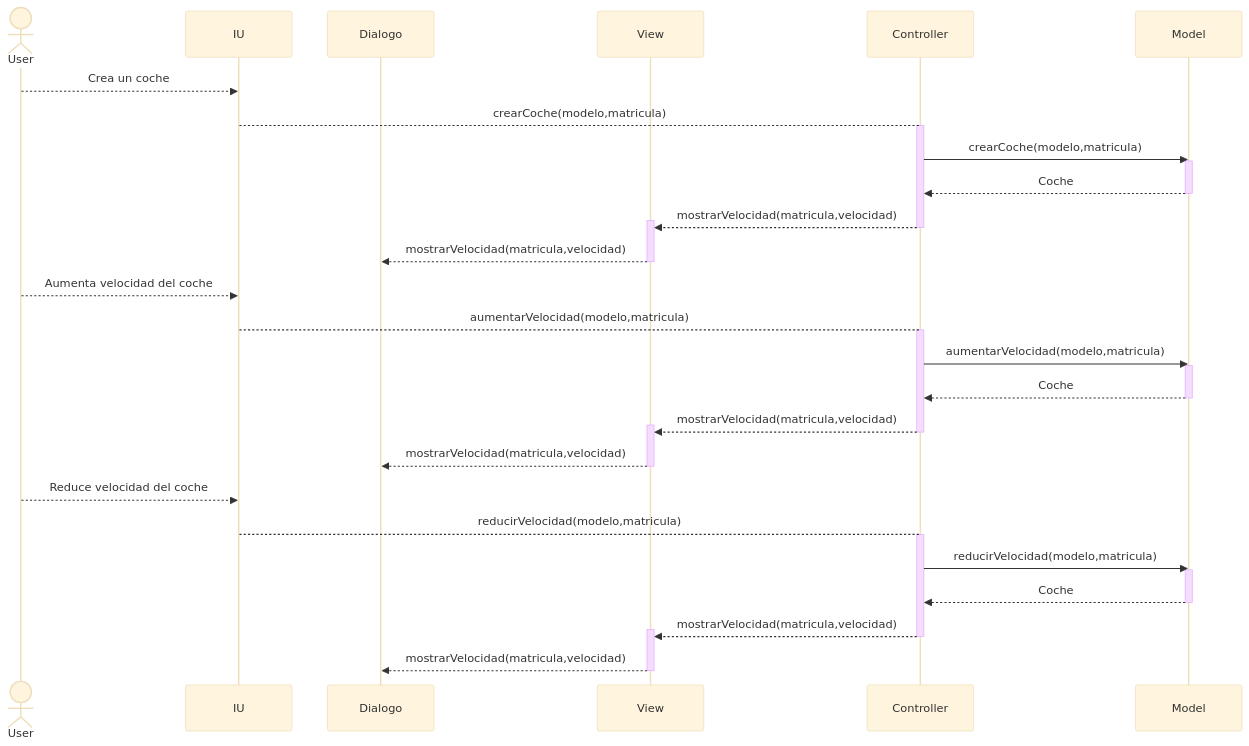
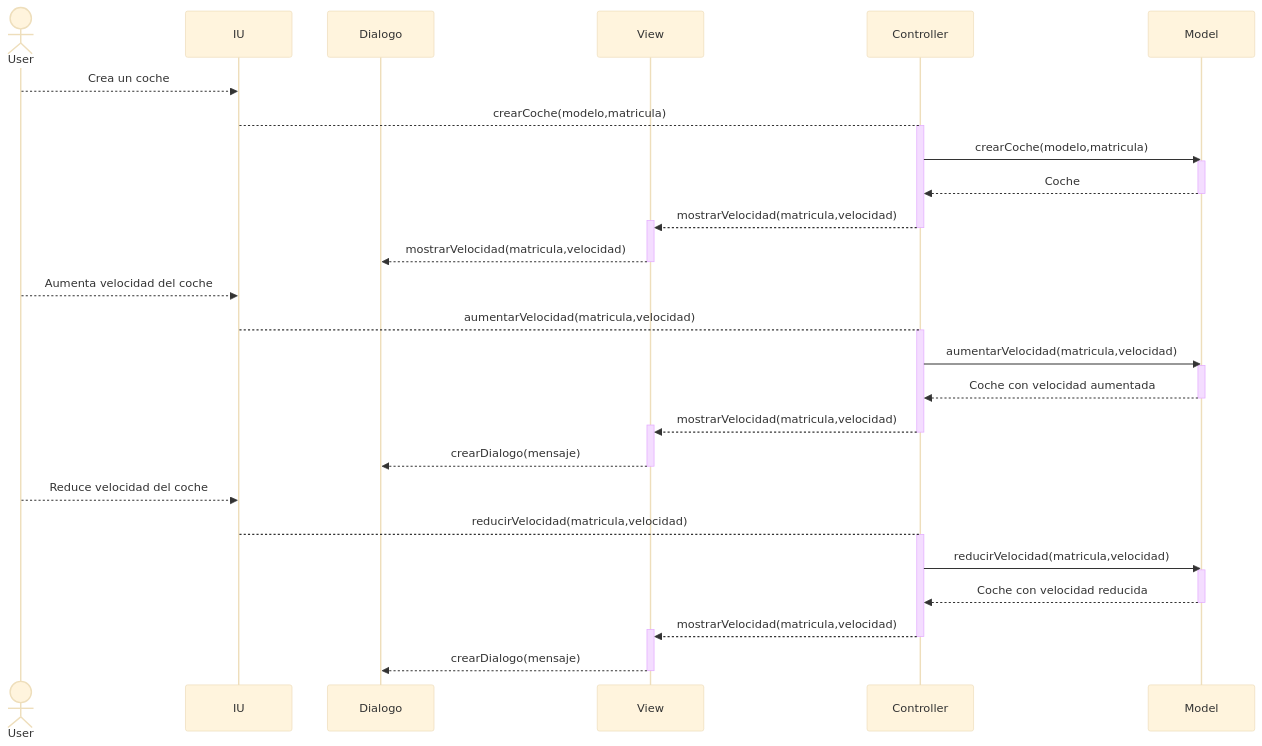
Before and after one commit to JorgeAmestoy/MVC_coches: the third of 3 diagrams in Readme.md, drawn with Mermaid (base theme).

Commit message:
Modifico diagrama de secuencia con los métodos

````diff
--- a/Readme.md
+++ b/Readme.md
@@ -101,42 +101,46 @@
 ```mermaid
 sequenceDiagram
 actor User
     participant IU
     participant Dialogo
     participant View
     participant Controller
     participant Model    
+    
+    
     User-->>IU: Crea un coche
     IU-->Controller: crearCoche(modelo,matricula)
     activate Controller
     Controller->>Model: crearCoche(modelo,matricula)
     activate Model
     Model-->>Controller: Coche
     deactivate Model
     Controller-->>+View: mostrarVelocidad(matricula,velocidad)
     deactivate Controller
-    View-->>-Dialogo: mostrarVelocidad(matricula,velocidad)    
+    View-->>-Dialogo: mostrarVelocidad(matricula,velocidad)  
+      
     User-->>IU: Aumenta velocidad del coche
-    IU-->Controller: aumentarVelocidad(modelo,matricula)
+    IU-->Controller: aumentarVelocidad(matricula,velocidad)
     activate Controller
-    Controller->>Model: aumentarVelocidad(modelo,matricula)
+    Controller->>Model: aumentarVelocidad(matricula,velocidad)
     activate Model
-    Model-->>Controller: Coche
+    Model-->>Controller: Coche con velocidad aumentada
     deactivate Model
     Controller-->>+View: mostrarVelocidad(matricula,velocidad)
     deactivate Controller
-    View-->>-Dialogo: mostrarVelocidad(matricula,velocidad)    
+    View-->>-Dialogo: crearDialogo(mensaje) 
+       
     User-->>IU: Reduce velocidad del coche
-    IU-->Controller: reducirVelocidad(modelo,matricula)
+    IU-->Controller: reducirVelocidad(matricula,velocidad)
     activate Controller
-    Controller->>Model: reducirVelocidad(modelo,matricula)
+    Controller->>Model: reducirVelocidad(matricula,velocidad)
     activate Model
-    Model-->>Controller: Coche
+    Model-->>Controller: Coche con velocidad reducida
     deactivate Model
     Controller-->>+View: mostrarVelocidad(matricula,velocidad)
     deactivate Controller
-    View-->>-Dialogo: mostrarVelocidad(matricula,velocidad)
+    View-->>-Dialogo: crearDialogo(mensaje)
     
     
    
 ```
````
